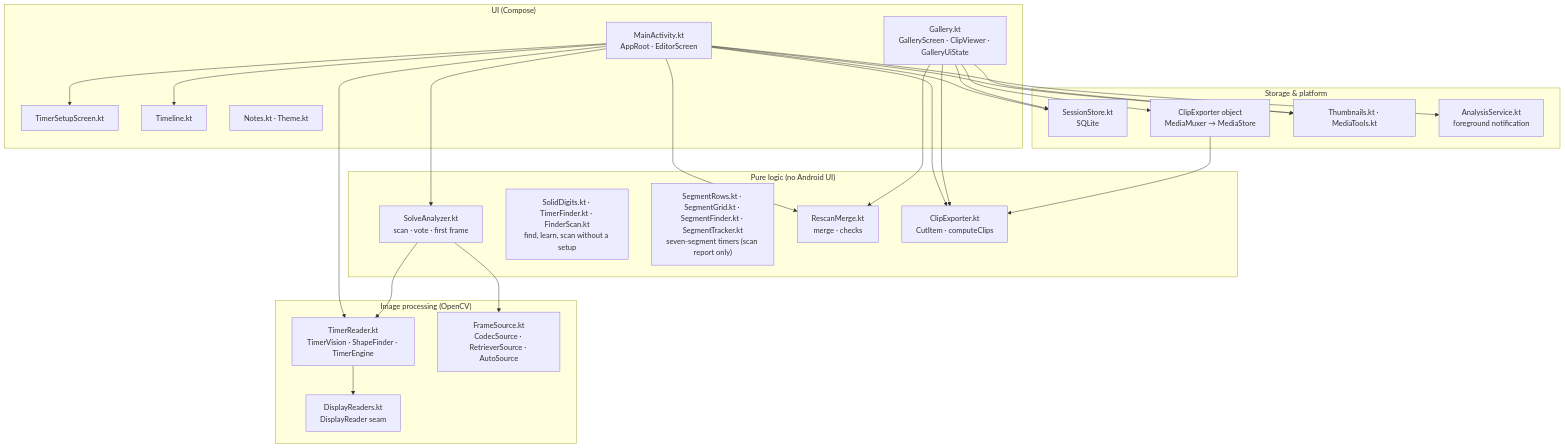
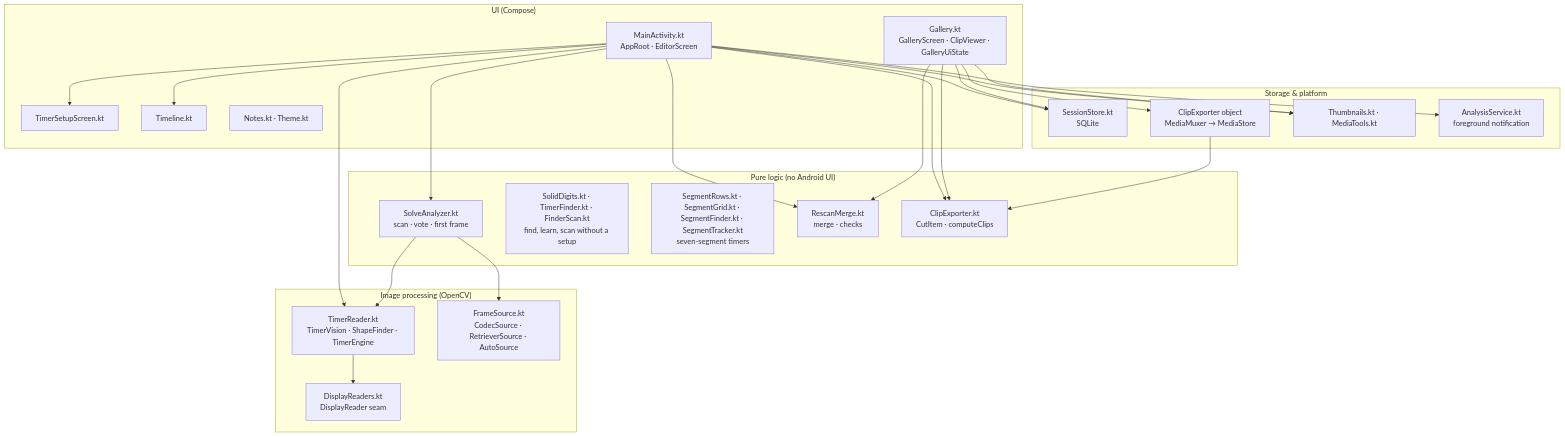
One commit to justinihil/CubeCut changed the first of 5 diagrams in ARCHITECTURE.md. Above: the diagram before and after it, drawn with Mermaid. The commit also changed other lines of this file and 15 other files, not shown here.

First line of the commit message:
feat(scan): Find solves reads QiYi-like timers by itself; the setup by hand becomes a backup (3.3-C)

````diff
--- a/ARCHITECTURE.md
+++ b/ARCHITECTURE.md
@@ -15,33 +15,33 @@
 ```mermaid
 flowchart TB
   subgraph UI["UI (Compose)"]
     MA["MainActivity.kt<br/>AppRoot · EditorScreen"]
     GA["Gallery.kt<br/>GalleryScreen · ClipViewer · GalleryUiState"]
     TS["TimerSetupScreen.kt"]
     TL["Timeline.kt"]
     NT["Notes.kt · Theme.kt"]
   end
   subgraph Domain["Pure logic (no Android UI)"]
     SA["SolveAnalyzer.kt<br/>scan · vote · first frame"]
     TF["SolidDigits.kt · TimerFinder.kt · FinderScan.kt<br/>find, learn, scan without a setup"]
-    SF["SegmentRows.kt · SegmentGrid.kt · SegmentFinder.kt · SegmentTracker.kt<br/>seven-segment timers (scan report only)"]
+    SF["SegmentRows.kt · SegmentGrid.kt · SegmentFinder.kt · SegmentTracker.kt<br/>seven-segment timers "]
     RM["RescanMerge.kt<br/>merge · checks"]
     CE1["ClipExporter.kt<br/>CutItem · computeClips"]
   end
   subgraph Vision["Image processing (OpenCV)"]
     TR["TimerReader.kt<br/>TimerVision · ShapeFinder · TimerEngine"]
     DR["DisplayReaders.kt<br/>DisplayReader seam"]
     FS["FrameSource.kt<br/>CodecSource · RetrieverSource · AutoSource"]
   end
   subgraph Platform["Storage & platform"]
     SS["SessionStore.kt<br/>SQLite"]
     CE2["ClipExporter object<br/>MediaMuxer → MediaStore"]
     TH["Thumbnails.kt · MediaTools.kt"]
     AS["AnalysisService.kt<br/>foreground notification"]
   end
   MA --> SA & RM & CE1 & SS & TR & TL & TS & AS & TH
   GA --> SS & CE1 & CE2 & RM & TH
   SA --> FS & TR
   TR --> DR
   CE2 --> CE1
 ```
````
